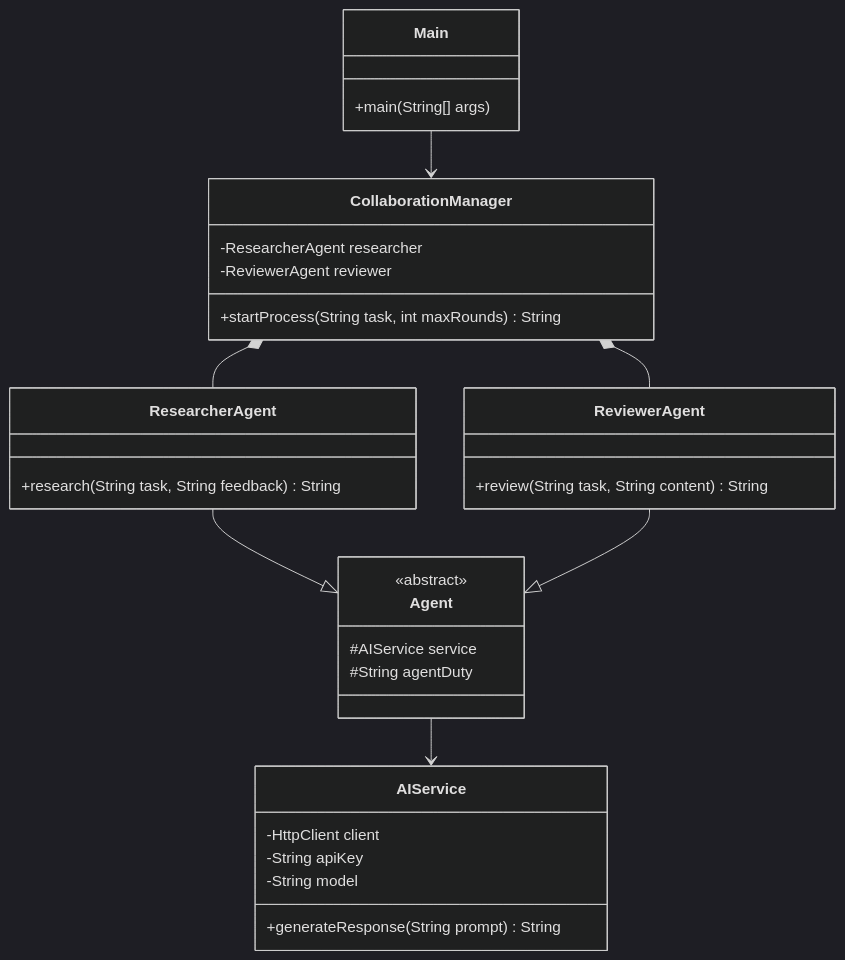
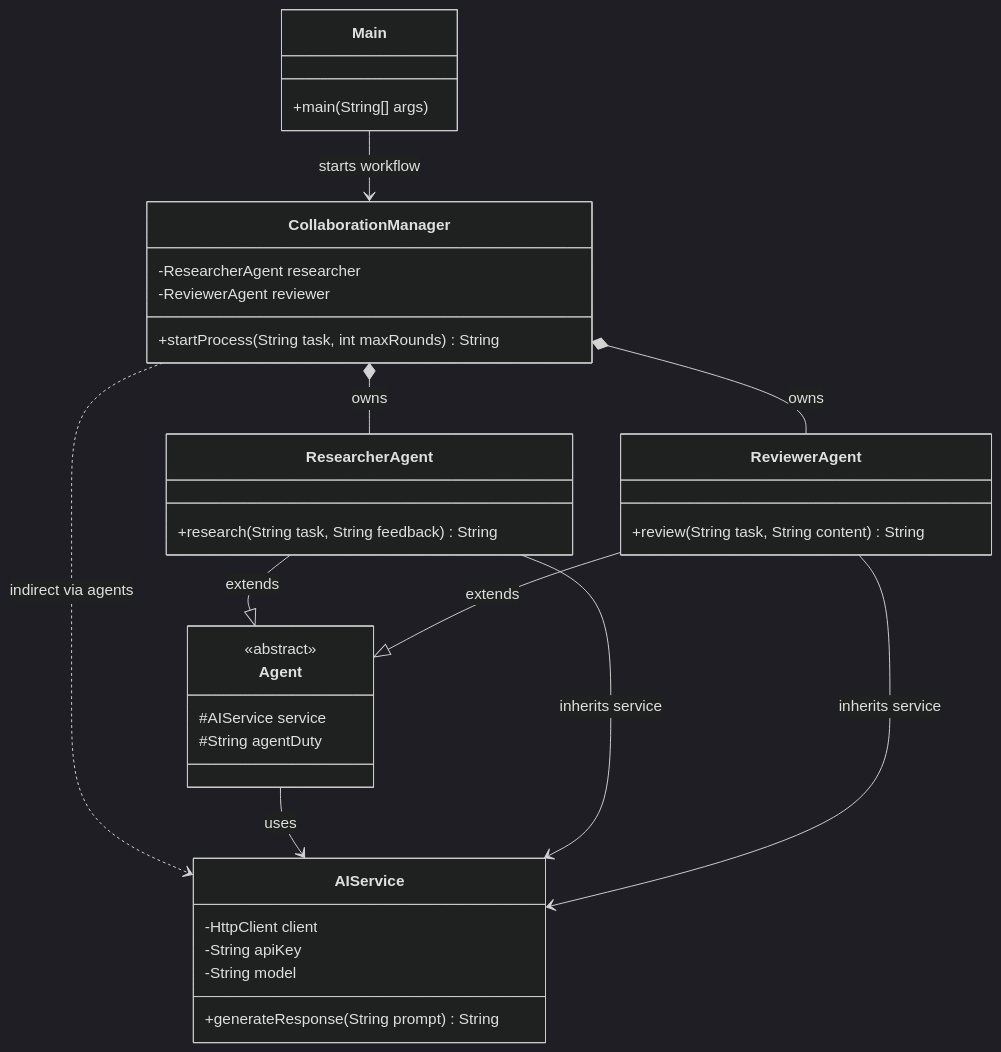
The diagram in README.md (rintoji/REXOR), drawn with Mermaid (dark theme) before and after one commit. The commit also changed other lines of this file, not shown here.

Commit message:
Enhance architecture and connection flow documentation
Updated architecture overview and connection flow in README.

````diff
--- a/README.md
+++ b/README.md
@@ -45,40 +47,48 @@
 ```mermaid
 classDiagram
+    direction TB
+
     class Main {
         +main(String[] args)
     }
 
     class CollaborationManager {
         -ResearcherAgent researcher
         -ReviewerAgent reviewer
         +startProcess(String task, int maxRounds) String
     }
 
     class Agent {
         <<abstract>>
         #AIService service
         #String agentDuty
     }
 
     class ResearcherAgent {
         +research(String task, String feedback) String
     }
 
     class ReviewerAgent {
         +review(String task, String content) String
     }
 
     class AIService {
         -HttpClient client
         -String apiKey
         -String model
         +generateResponse(String prompt) String
     }
 
-    Main --> CollaborationManager
-    CollaborationManager *-- ResearcherAgent
-    CollaborationManager *-- ReviewerAgent
-    ResearcherAgent --|> Agent
-    ReviewerAgent --|> Agent
-    Agent --> AIService
+    Main --> CollaborationManager : starts workflow
+
+    CollaborationManager *-- ResearcherAgent : owns
+    CollaborationManager *-- ReviewerAgent : owns
+    CollaborationManager ..> AIService : indirect via agents
+
+    ResearcherAgent --|> Agent : extends
+    ReviewerAgent --|> Agent : extends
+
+    Agent --> AIService : uses
+    ResearcherAgent --> AIService : inherits service
+    ReviewerAgent --> AIService : inherits service
 ```
````
